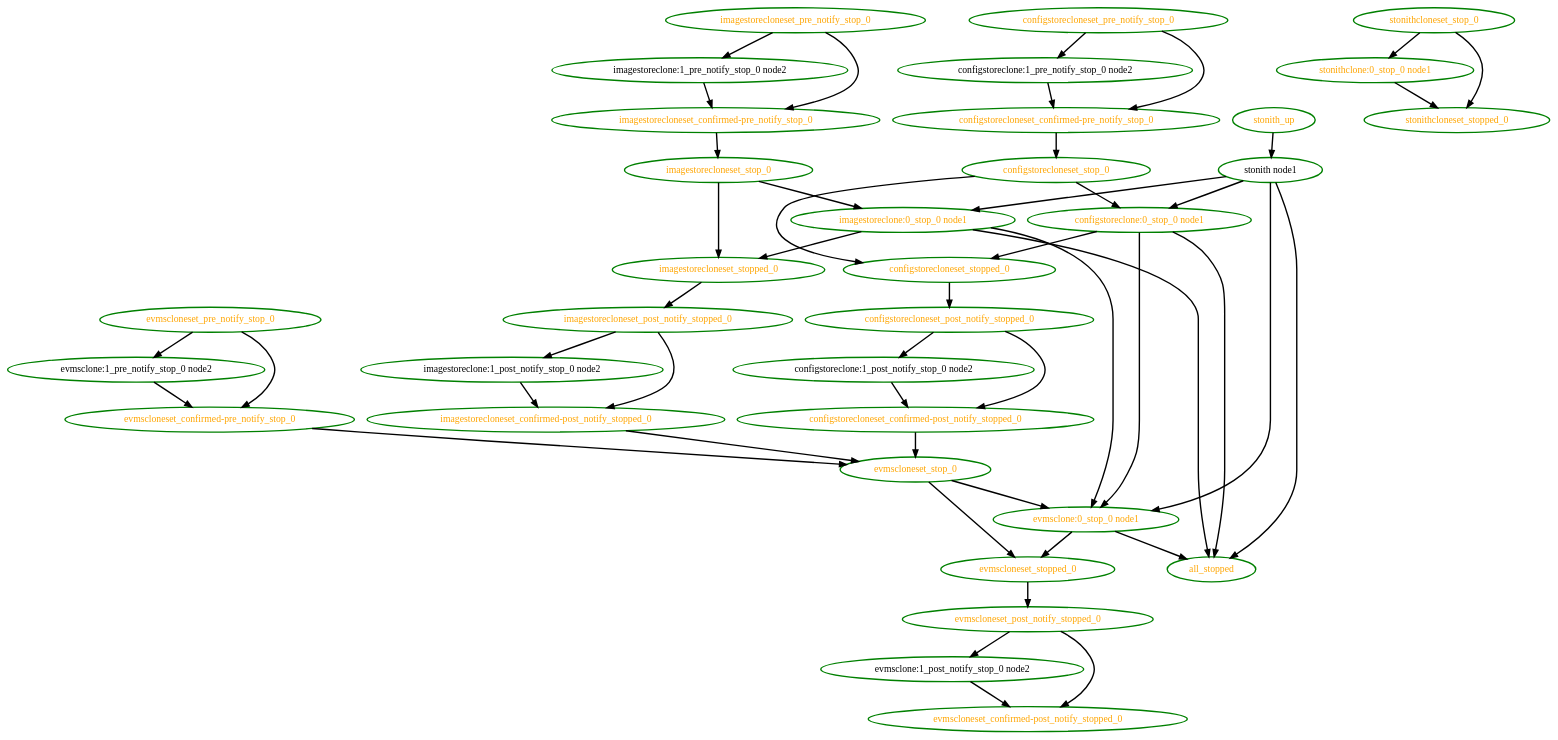
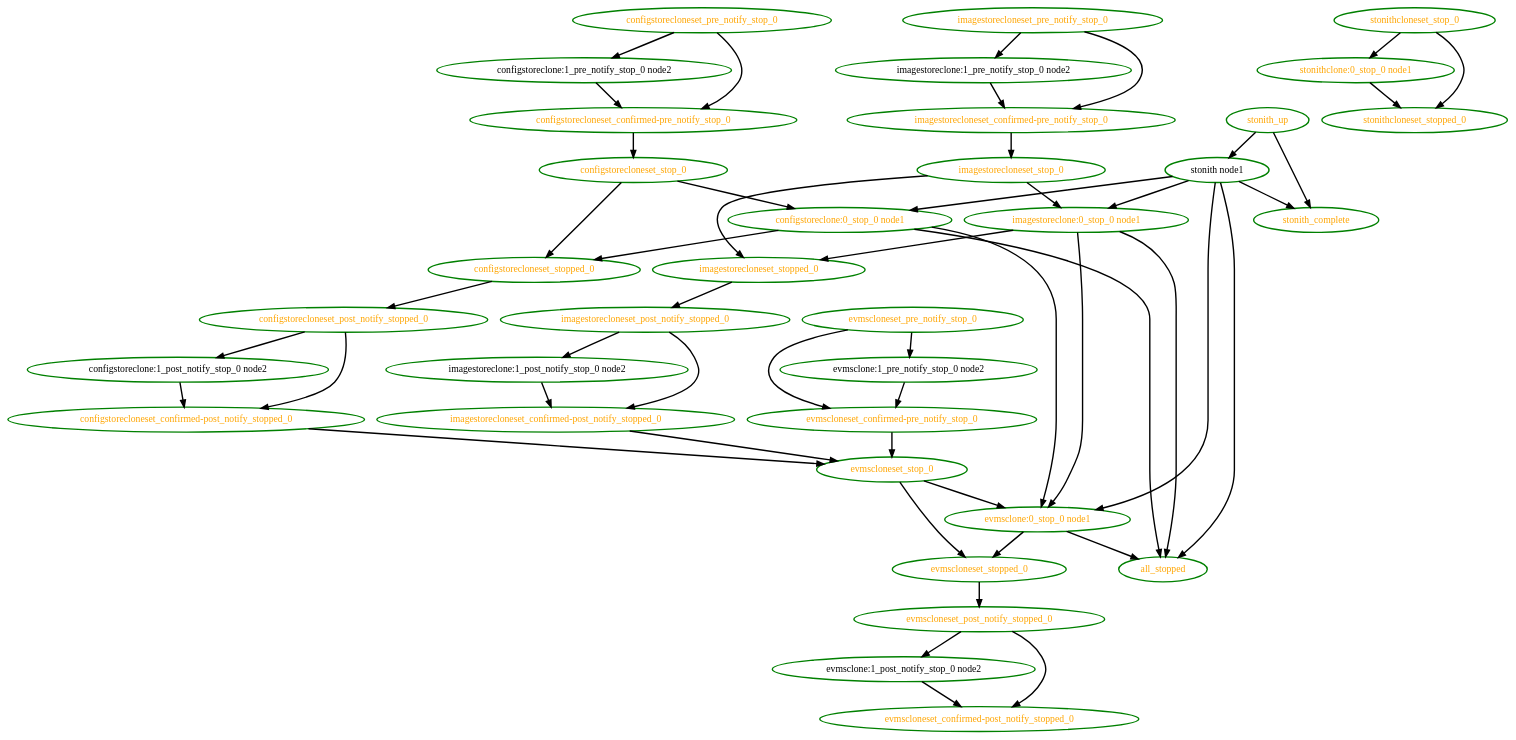
Before and after one commit to linux-ha-japan/pm_diskd: the diagram in pengine/test10/interleave-pseudo-stop.dot, drawn with Graphviz. The commit also changed 83 other files, not shown here.

Commit message:
Low: PE: Create a stonith-complete pseudo action that actions can depend on

```diff
--- a/pengine/test10/interleave-pseudo-stop.dot
+++ b/pengine/test10/interleave-pseudo-stop.dot
@@ -1,83 +1,86 @@
 digraph "g" {
 "all_stopped" [ style=bold color="green" fontcolor="orange"  ]
 "configstoreclone:0_stop_0 node1" -> "all_stopped" [ style = bold]
 "configstoreclone:0_stop_0 node1" -> "configstorecloneset_stopped_0" [ style = bold]
 "configstoreclone:0_stop_0 node1" -> "evmsclone:0_stop_0 node1" [ style = bold]
 "configstoreclone:0_stop_0 node1" [ style=bold color="green" fontcolor="orange"  ]
 "configstoreclone:1_post_notify_stop_0 node2" -> "configstorecloneset_confirmed-post_notify_stopped_0" [ style = bold]
 "configstoreclone:1_post_notify_stop_0 node2" [ style=bold color="green" fontcolor="black"  ]
 "configstoreclone:1_pre_notify_stop_0 node2" -> "configstorecloneset_confirmed-pre_notify_stop_0" [ style = bold]
 "configstoreclone:1_pre_notify_stop_0 node2" [ style=bold color="green" fontcolor="black"  ]
 "configstorecloneset_confirmed-post_notify_stopped_0" -> "evmscloneset_stop_0" [ style = bold]
 "configstorecloneset_confirmed-post_notify_stopped_0" [ style=bold color="green" fontcolor="orange"  ]
 "configstorecloneset_confirmed-pre_notify_stop_0" -> "configstorecloneset_stop_0" [ style = bold]
 "configstorecloneset_confirmed-pre_notify_stop_0" [ style=bold color="green" fontcolor="orange"  ]
 "configstorecloneset_post_notify_stopped_0" -> "configstoreclone:1_post_notify_stop_0 node2" [ style = bold]
 "configstorecloneset_post_notify_stopped_0" -> "configstorecloneset_confirmed-post_notify_stopped_0" [ style = bold]
 "configstorecloneset_post_notify_stopped_0" [ style=bold color="green" fontcolor="orange"  ]
 "configstorecloneset_pre_notify_stop_0" -> "configstoreclone:1_pre_notify_stop_0 node2" [ style = bold]
 "configstorecloneset_pre_notify_stop_0" -> "configstorecloneset_confirmed-pre_notify_stop_0" [ style = bold]
 "configstorecloneset_pre_notify_stop_0" [ style=bold color="green" fontcolor="orange"  ]
 "configstorecloneset_stop_0" -> "configstoreclone:0_stop_0 node1" [ style = bold]
 "configstorecloneset_stop_0" -> "configstorecloneset_stopped_0" [ style = bold]
 "configstorecloneset_stop_0" [ style=bold color="green" fontcolor="orange"  ]
 "configstorecloneset_stopped_0" -> "configstorecloneset_post_notify_stopped_0" [ style = bold]
 "configstorecloneset_stopped_0" [ style=bold color="green" fontcolor="orange"  ]
 "evmsclone:0_stop_0 node1" -> "all_stopped" [ style = bold]
 "evmsclone:0_stop_0 node1" -> "evmscloneset_stopped_0" [ style = bold]
 "evmsclone:0_stop_0 node1" [ style=bold color="green" fontcolor="orange"  ]
 "evmsclone:1_post_notify_stop_0 node2" -> "evmscloneset_confirmed-post_notify_stopped_0" [ style = bold]
 "evmsclone:1_post_notify_stop_0 node2" [ style=bold color="green" fontcolor="black"  ]
 "evmsclone:1_pre_notify_stop_0 node2" -> "evmscloneset_confirmed-pre_notify_stop_0" [ style = bold]
 "evmsclone:1_pre_notify_stop_0 node2" [ style=bold color="green" fontcolor="black"  ]
 "evmscloneset_confirmed-post_notify_stopped_0" [ style=bold color="green" fontcolor="orange"  ]
 "evmscloneset_confirmed-pre_notify_stop_0" -> "evmscloneset_stop_0" [ style = bold]
 "evmscloneset_confirmed-pre_notify_stop_0" [ style=bold color="green" fontcolor="orange"  ]
 "evmscloneset_post_notify_stopped_0" -> "evmsclone:1_post_notify_stop_0 node2" [ style = bold]
 "evmscloneset_post_notify_stopped_0" -> "evmscloneset_confirmed-post_notify_stopped_0" [ style = bold]
 "evmscloneset_post_notify_stopped_0" [ style=bold color="green" fontcolor="orange"  ]
 "evmscloneset_pre_notify_stop_0" -> "evmsclone:1_pre_notify_stop_0 node2" [ style = bold]
 "evmscloneset_pre_notify_stop_0" -> "evmscloneset_confirmed-pre_notify_stop_0" [ style = bold]
 "evmscloneset_pre_notify_stop_0" [ style=bold color="green" fontcolor="orange"  ]
 "evmscloneset_stop_0" -> "evmsclone:0_stop_0 node1" [ style = bold]
 "evmscloneset_stop_0" -> "evmscloneset_stopped_0" [ style = bold]
 "evmscloneset_stop_0" [ style=bold color="green" fontcolor="orange"  ]
 "evmscloneset_stopped_0" -> "evmscloneset_post_notify_stopped_0" [ style = bold]
 "evmscloneset_stopped_0" [ style=bold color="green" fontcolor="orange"  ]
 "imagestoreclone:0_stop_0 node1" -> "all_stopped" [ style = bold]
 "imagestoreclone:0_stop_0 node1" -> "evmsclone:0_stop_0 node1" [ style = bold]
 "imagestoreclone:0_stop_0 node1" -> "imagestorecloneset_stopped_0" [ style = bold]
 "imagestoreclone:0_stop_0 node1" [ style=bold color="green" fontcolor="orange"  ]
 "imagestoreclone:1_post_notify_stop_0 node2" -> "imagestorecloneset_confirmed-post_notify_stopped_0" [ style = bold]
 "imagestoreclone:1_post_notify_stop_0 node2" [ style=bold color="green" fontcolor="black"  ]
 "imagestoreclone:1_pre_notify_stop_0 node2" -> "imagestorecloneset_confirmed-pre_notify_stop_0" [ style = bold]
 "imagestoreclone:1_pre_notify_stop_0 node2" [ style=bold color="green" fontcolor="black"  ]
 "imagestorecloneset_confirmed-post_notify_stopped_0" -> "evmscloneset_stop_0" [ style = bold]
 "imagestorecloneset_confirmed-post_notify_stopped_0" [ style=bold color="green" fontcolor="orange"  ]
 "imagestorecloneset_confirmed-pre_notify_stop_0" -> "imagestorecloneset_stop_0" [ style = bold]
 "imagestorecloneset_confirmed-pre_notify_stop_0" [ style=bold color="green" fontcolor="orange"  ]
 "imagestorecloneset_post_notify_stopped_0" -> "imagestoreclone:1_post_notify_stop_0 node2" [ style = bold]
 "imagestorecloneset_post_notify_stopped_0" -> "imagestorecloneset_confirmed-post_notify_stopped_0" [ style = bold]
 "imagestorecloneset_post_notify_stopped_0" [ style=bold color="green" fontcolor="orange"  ]
 "imagestorecloneset_pre_notify_stop_0" -> "imagestoreclone:1_pre_notify_stop_0 node2" [ style = bold]
 "imagestorecloneset_pre_notify_stop_0" -> "imagestorecloneset_confirmed-pre_notify_stop_0" [ style = bold]
 "imagestorecloneset_pre_notify_stop_0" [ style=bold color="green" fontcolor="orange"  ]
 "imagestorecloneset_stop_0" -> "imagestoreclone:0_stop_0 node1" [ style = bold]
 "imagestorecloneset_stop_0" -> "imagestorecloneset_stopped_0" [ style = bold]
 "imagestorecloneset_stop_0" [ style=bold color="green" fontcolor="orange"  ]
 "imagestorecloneset_stopped_0" -> "imagestorecloneset_post_notify_stopped_0" [ style = bold]
 "imagestorecloneset_stopped_0" [ style=bold color="green" fontcolor="orange"  ]
 "stonith node1" -> "all_stopped" [ style = bold]
 "stonith node1" -> "configstoreclone:0_stop_0 node1" [ style = bold]
 "stonith node1" -> "evmsclone:0_stop_0 node1" [ style = bold]
 "stonith node1" -> "imagestoreclone:0_stop_0 node1" [ style = bold]
+"stonith node1" -> "stonith_complete" [ style = bold]
 "stonith node1" [ style=bold color="green" fontcolor="black"  ]
+"stonith_complete" [ style=bold color="green" fontcolor="orange"  ]
 "stonith_up" -> "stonith node1" [ style = bold]
+"stonith_up" -> "stonith_complete" [ style = bold]
 "stonith_up" [ style=bold color="green" fontcolor="orange"  ]
 "stonithclone:0_stop_0 node1" -> "stonithcloneset_stopped_0" [ style = bold]
 "stonithclone:0_stop_0 node1" [ style=bold color="green" fontcolor="orange"  ]
 "stonithcloneset_stop_0" -> "stonithclone:0_stop_0 node1" [ style = bold]
 "stonithcloneset_stop_0" -> "stonithcloneset_stopped_0" [ style = bold]
 "stonithcloneset_stop_0" [ style=bold color="green" fontcolor="orange"  ]
 "stonithcloneset_stopped_0" [ style=bold color="green" fontcolor="orange"  ]
 }
```
